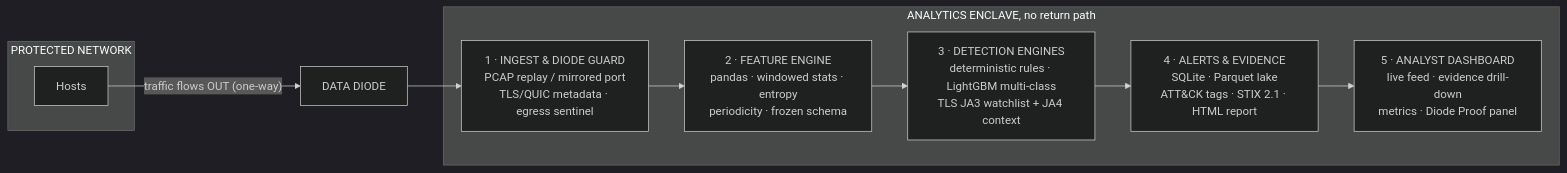
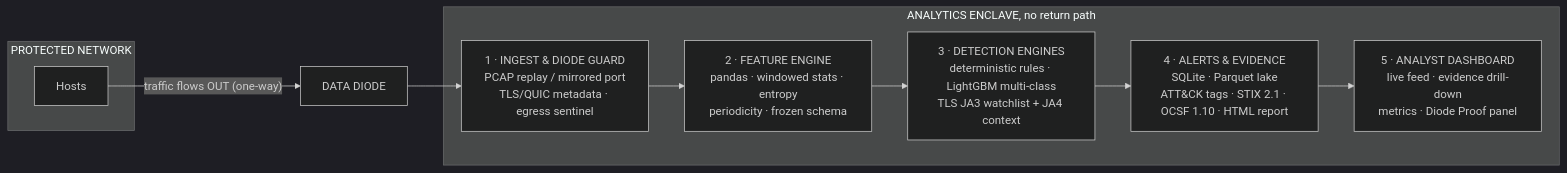
The diagram in README.md (therayyanawaz/DiodeWatch), drawn with Mermaid (dark theme) before and after one commit. The commit also changed other lines of this file and 22 other files, not shown here.

````diff
--- a/README.md
+++ b/README.md
@@ -72,15 +72,15 @@
 ```mermaid
 flowchart LR
     subgraph Protected["PROTECTED NETWORK"]
         A["Hosts"]
     end
     A -- "traffic flows OUT (one-way)" --> D["DATA DIODE"]
     D --> INGEST
 
     subgraph ENCLAVE["ANALYTICS ENCLAVE, no return path"]
         INGEST["1 · INGEST & DIODE GUARD<br/>PCAP replay / mirrored port<br/>TLS/QUIC metadata · egress sentinel"] --> FEAT["2 · FEATURE ENGINE<br/>pandas · windowed stats · entropy<br/>periodicity · frozen schema"]
         FEAT --> DET["3 · DETECTION ENGINES<br/>deterministic rules · LightGBM multi-class<br/>TLS JA3 watchlist + JA4 context"]
-        DET --> ALERT["4 · ALERTS & EVIDENCE<br/>SQLite · Parquet lake<br/>ATT&CK tags · STIX 2.1 · HTML report"]
+        DET --> ALERT["4 · ALERTS & EVIDENCE<br/>SQLite · Parquet lake<br/>ATT&CK tags · STIX 2.1 · OCSF 1.10 · HTML report"]
         ALERT --> UI["5 · ANALYST DASHBOARD<br/>live feed · evidence drill-down<br/>metrics · Diode Proof panel"]
     end
 ```
````
